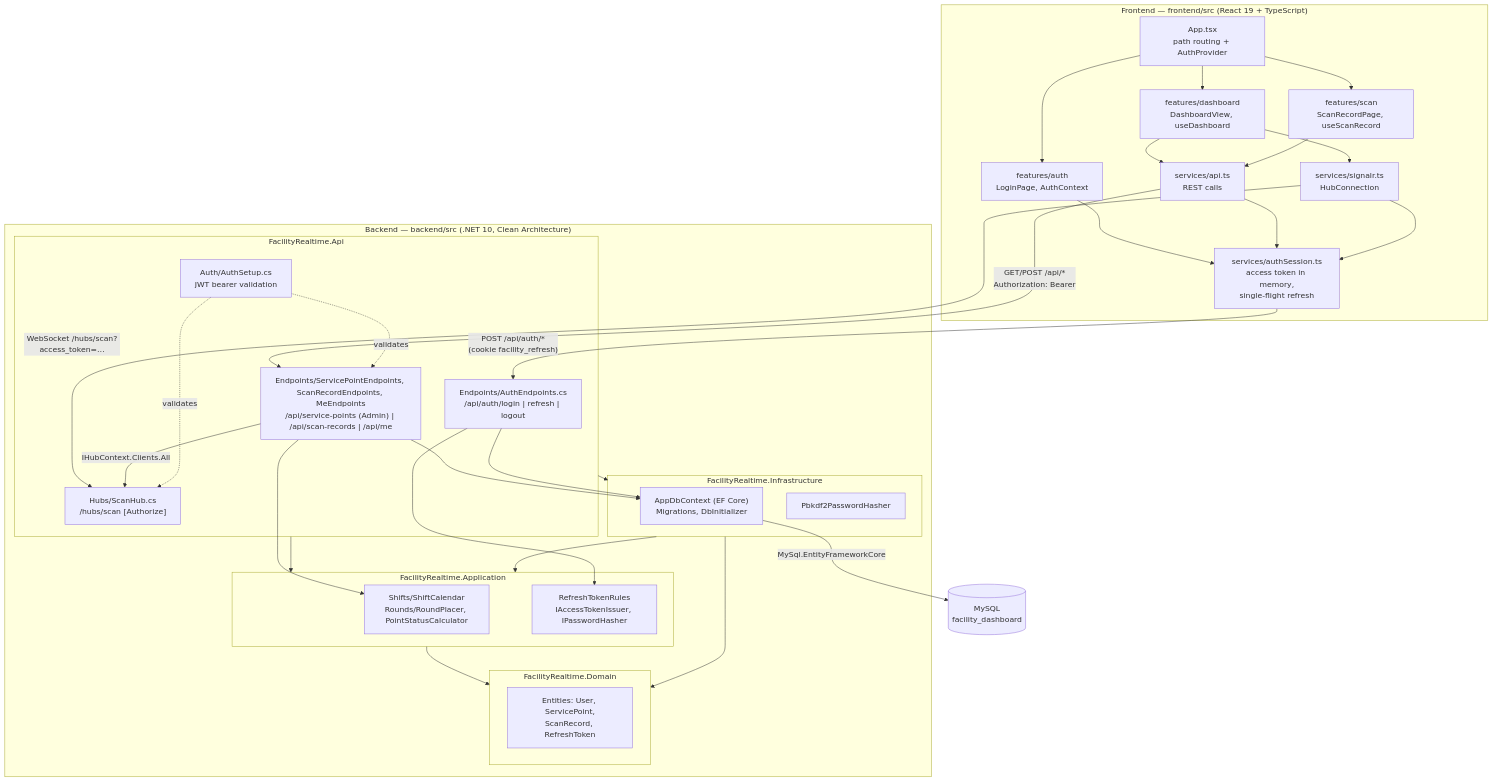
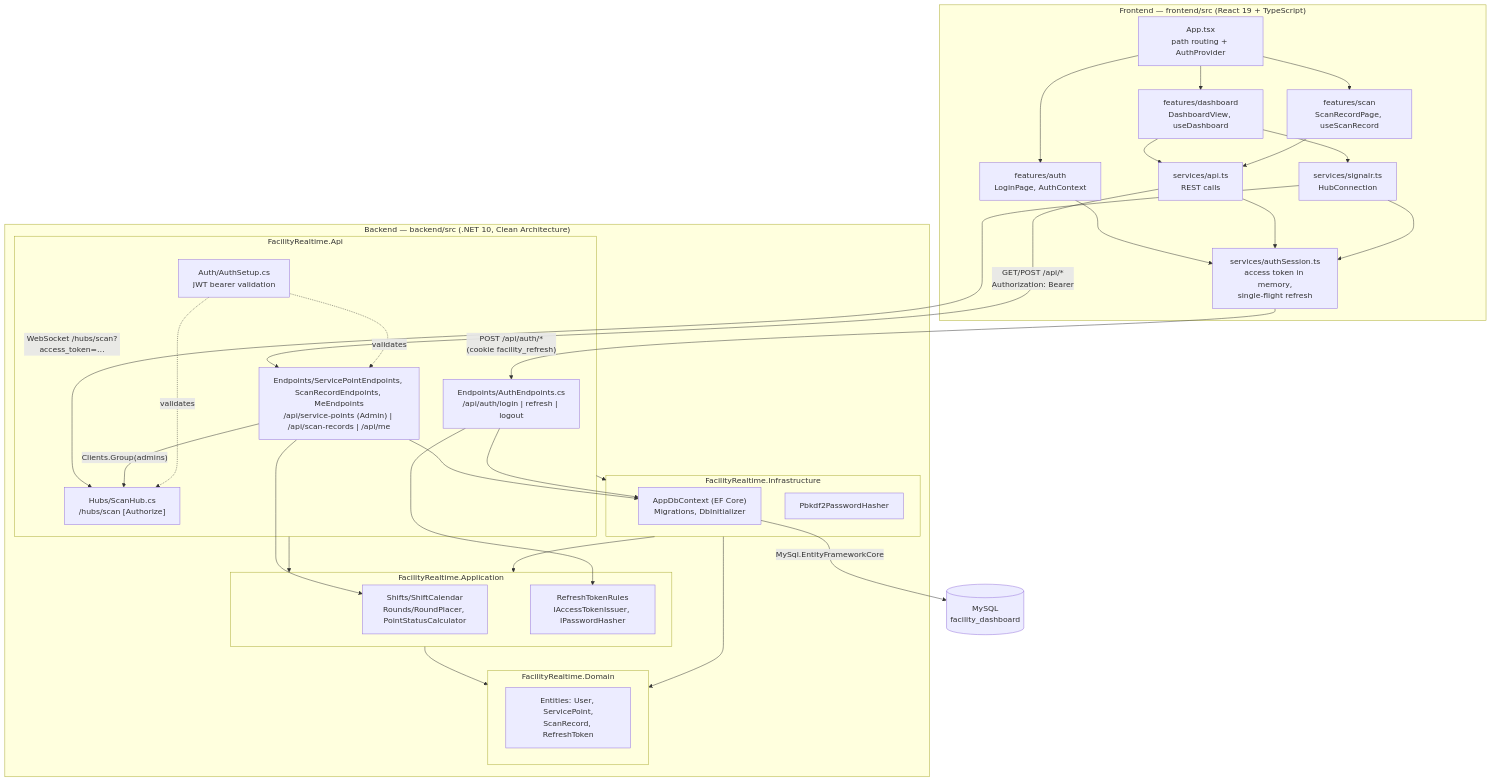
The third of 6 diagrams in docs/architecture.md (ThodsaphonSonthiphin/Facility-Real-time-dashboard), drawn with Mermaid before and after one commit. The commit also changed other lines of this file and 3 other files, not shown here.

Commit message:
docs: pilot-schema reset, Admin-only Dashboard and login limit in README and architecture; pin Admin scanning

````diff
--- a/docs/architecture.md
+++ b/docs/architecture.md
@@ -107,60 +107,60 @@
 ```mermaid
 flowchart TB
     subgraph FE["Frontend — frontend/src (React 19 + TypeScript)"]
         App["App.tsx<br/>path routing + AuthProvider"]
         Dash["features/dashboard<br/>DashboardView, useDashboard"]
         Scan["features/scan<br/>ScanRecordPage, useScanRecord"]
         Login["features/auth<br/>LoginPage, AuthContext"]
         ApiSvc["services/api.ts<br/>REST calls"]
         AuthSess["services/authSession.ts<br/>access token in memory,<br/>single-flight refresh"]
         SR["services/signalr.ts<br/>HubConnection"]
     end
 
     subgraph BE["Backend — backend/src (.NET 10, Clean Architecture)"]
         subgraph ApiP["FacilityRealtime.Api"]
             Ep["Endpoints/ServicePointEndpoints, ScanRecordEndpoints, MeEndpoints<br/>/api/service-points (Admin) | /api/scan-records | /api/me"]
             AuthEp["Endpoints/AuthEndpoints.cs<br/>/api/auth/login | refresh | logout"]
             Hub["Hubs/ScanHub.cs<br/>/hubs/scan  [Authorize]"]
             Jwt["Auth/AuthSetup.cs<br/>JWT bearer validation"]
         end
         subgraph AppP["FacilityRealtime.Application"]
             Status["Shifts/ShiftCalendar<br/>Rounds/RoundPlacer, PointStatusCalculator"]
             Rules["RefreshTokenRules<br/>IAccessTokenIssuer, IPasswordHasher"]
         end
         subgraph InfP["FacilityRealtime.Infrastructure"]
             Ctx["AppDbContext (EF Core)<br/>Migrations, DbInitializer"]
             Hash["Pbkdf2PasswordHasher"]
         end
         subgraph DomP["FacilityRealtime.Domain"]
             Ent["Entities: User, ServicePoint,<br/>ScanRecord, RefreshToken"]
         end
     end
 
     DB[("MySQL<br/>facility_dashboard")]
 
     App --> Dash & Scan & Login
     Dash --> ApiSvc
     Dash --> SR
     Scan --> ApiSvc
     Login --> AuthSess
     ApiSvc --> AuthSess
     SR --> AuthSess
 
     AuthSess -->|"POST /api/auth/*<br/>(cookie facility_refresh)"| AuthEp
     ApiSvc -->|"GET/POST /api/*<br/>Authorization: Bearer"| Ep
     SR -->|"WebSocket /hubs/scan?access_token=…"| Hub
 
     Ep --> Status
     Ep --> Ctx
-    Ep -->|"IHubContext.Clients.All"| Hub
+    Ep -->|"Clients.Group(admins)"| Hub
     AuthEp --> Rules
     AuthEp --> Ctx
     Jwt -.->|validates| Ep & Hub
 
     ApiP --> AppP
     ApiP --> InfP
     InfP --> AppP
     AppP --> DomP
     InfP --> DomP
     Ctx -->|"MySql.EntityFrameworkCore"| DB
 ```
````
